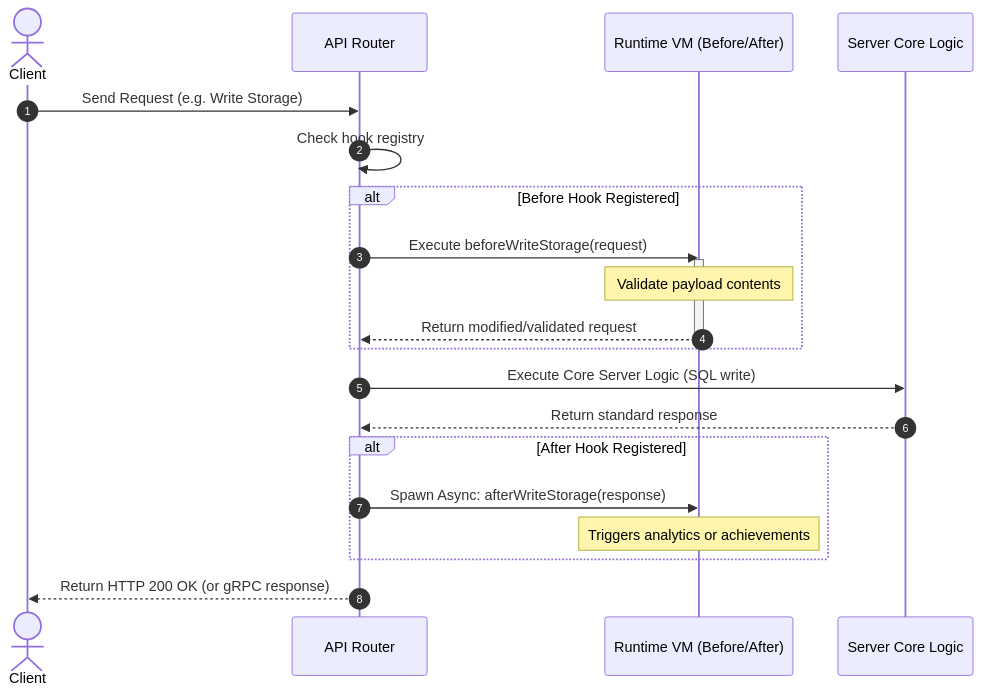
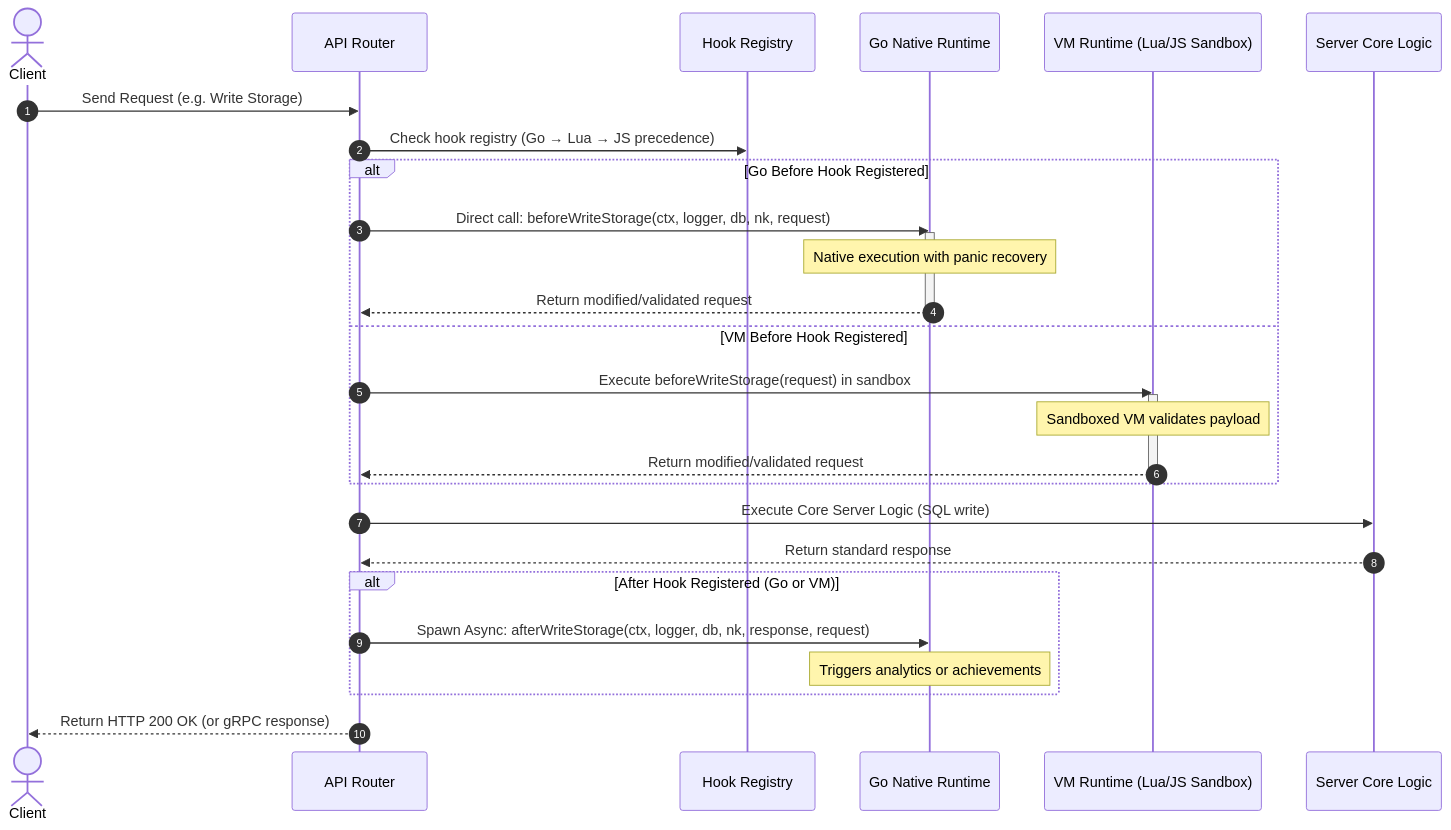
Before and after one commit to BornToBuildGame/documents: the diagram in TDD/18_server_runtime_hooks.md, drawn with Mermaid. The commit also changed other lines of this file and 9 other files, not shown here.

````diff
--- a/TDD/18_server_runtime_hooks.md
+++ b/TDD/18_server_runtime_hooks.md
@@ -27,29 +34,37 @@
 ```mermaid
 sequenceDiagram
     autonumber
     actor Client
     participant API as API Router
-    participant VM as Runtime VM (Before/After)
+    participant Registry as Hook Registry
+    participant GoRT as Go Native Runtime
+    participant VM as VM Runtime (Lua/JS Sandbox)
     participant Core as Server Core Logic
 
     Client->>API: Send Request (e.g. Write Storage)
-    API->>API: Check hook registry
+    API->>Registry: Check hook registry (Go → Lua → JS precedence)
     
-    alt Before Hook Registered
-        API->>VM: Execute beforeWriteStorage(request)
+    alt Go Before Hook Registered
+        API->>GoRT: Direct call: beforeWriteStorage(ctx, logger, db, nk, request)
+        activate GoRT
+        Note over GoRT: Native execution with panic recovery
+        GoRT-->>API: Return modified/validated request
+        deactivate GoRT
+    else VM Before Hook Registered
+        API->>VM: Execute beforeWriteStorage(request) in sandbox
         activate VM
-        Note over VM: Validate payload contents
+        Note over VM: Sandboxed VM validates payload
         VM-->>API: Return modified/validated request
         deactivate VM
     end
 
     API->>Core: Execute Core Server Logic (SQL write)
     Core-->>API: Return standard response
     
-    alt After Hook Registered
-        API->>VM: Spawn Async: afterWriteStorage(response)
-        Note over VM: Triggers analytics or achievements
+    alt After Hook Registered (Go or VM)
+        API->>GoRT: Spawn Async: afterWriteStorage(ctx, logger, db, nk, response, request)
+        Note over GoRT: Triggers analytics or achievements
     end
     
     API-->>Client: Return HTTP 200 OK (or gRPC response)
 ```
````
